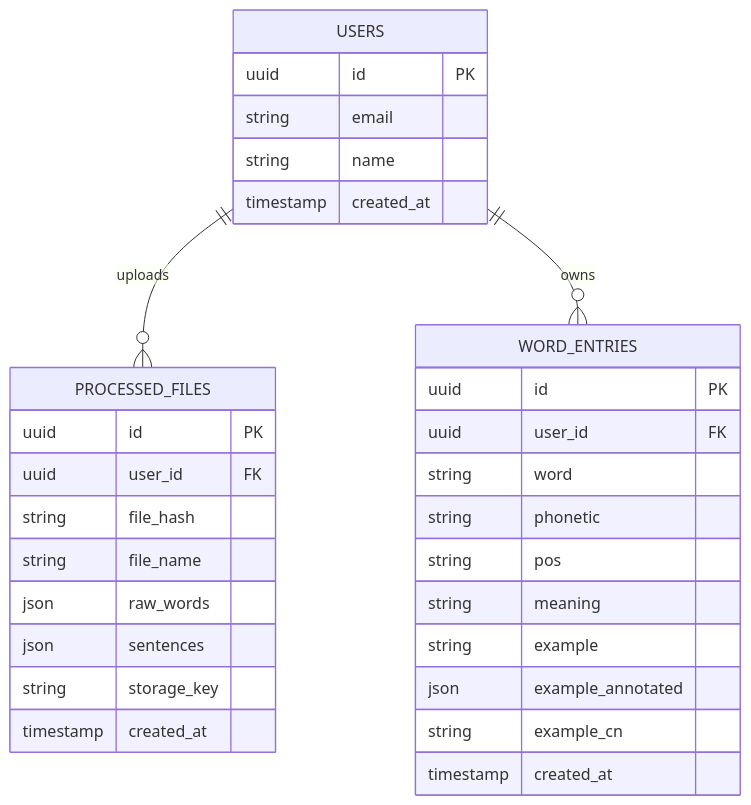
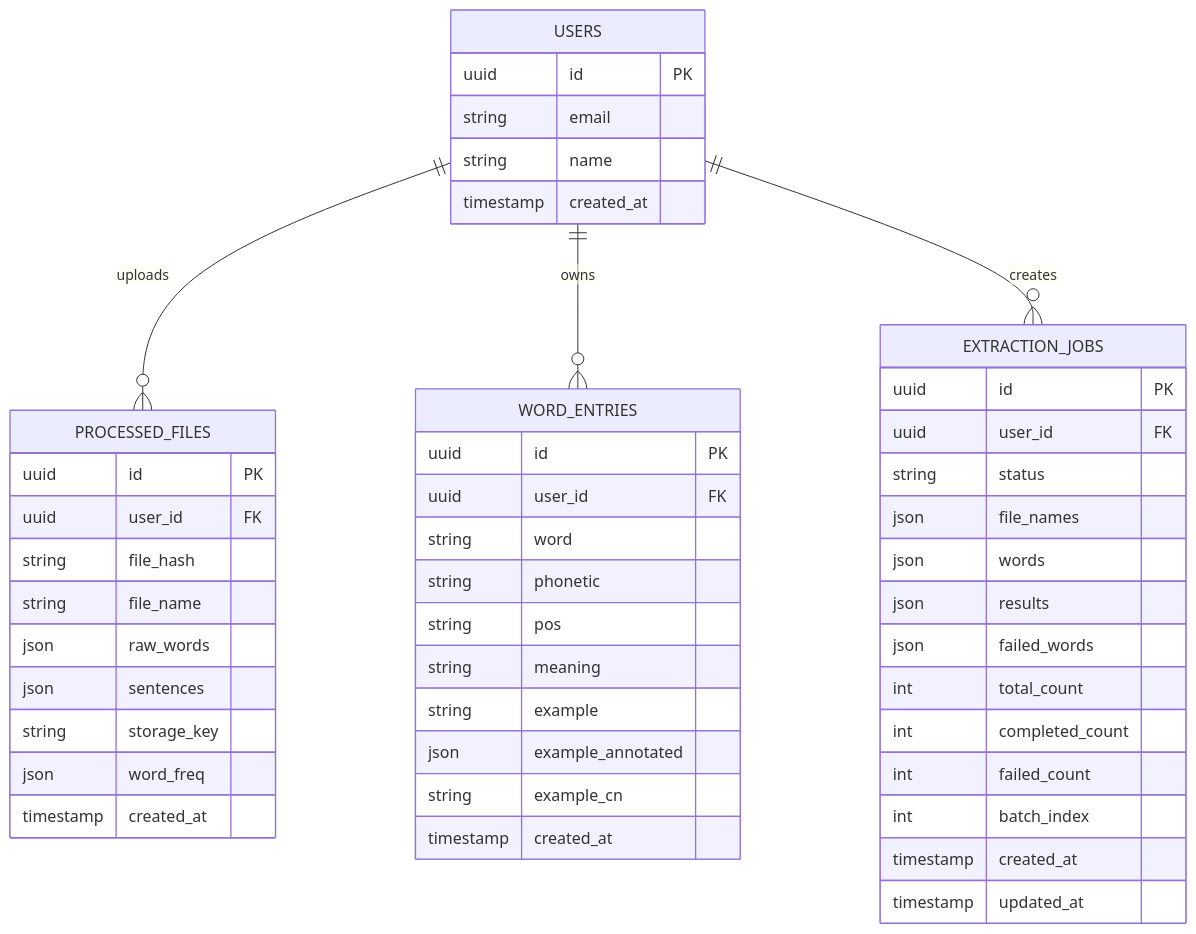
One commit to NaichuanZhang/wordwise changed the third of 3 diagrams in README.md. Above: the diagram before and after it, drawn with Mermaid. The commit also changed other lines of this file and 4 other files, not shown here.

First line of the commit message:
chore: remove dead code and sync docs with current architecture

````diff
--- a/README.md
+++ b/README.md
@@ -112,36 +119,54 @@
 ```mermaid
 erDiagram
     USERS ||--o{ PROCESSED_FILES : uploads
     USERS ||--o{ WORD_ENTRIES : owns
+    USERS ||--o{ EXTRACTION_JOBS : creates
 
     USERS {
         uuid id PK
         string email
         string name
         timestamp created_at
     }
 
     PROCESSED_FILES {
         uuid id PK
         uuid user_id FK
         string file_hash
         string file_name
         json raw_words
         json sentences
         string storage_key
+        json word_freq
         timestamp created_at
     }
 
     WORD_ENTRIES {
         uuid id PK
         uuid user_id FK
         string word
         string phonetic
         string pos
         string meaning
         string example
         json example_annotated
         string example_cn
         timestamp created_at
     }
+
+    EXTRACTION_JOBS {
+        uuid id PK
+        uuid user_id FK
+        string status
+        json file_names
+        json words
+        json results
+        json failed_words
+        int total_count
+        int completed_count
+        int failed_count
+        int batch_index
+        timestamp created_at
+        timestamp updated_at
+    }
 ```
````
